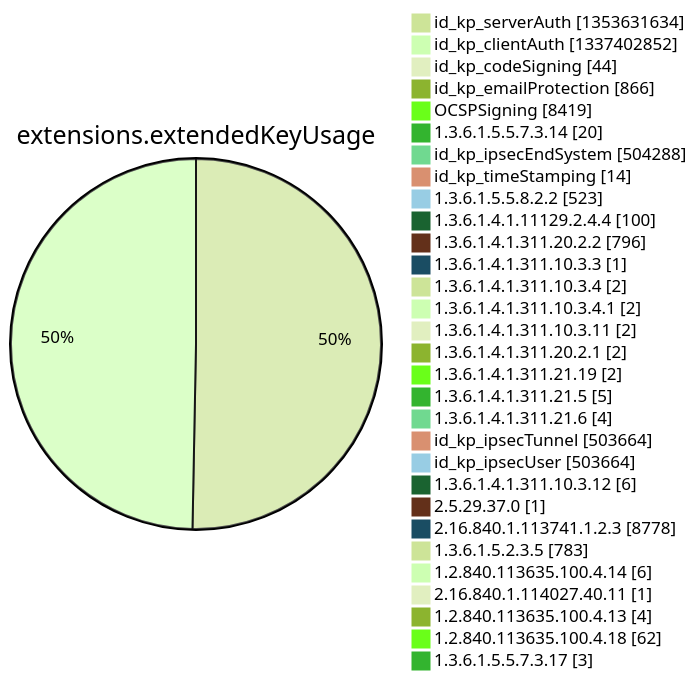
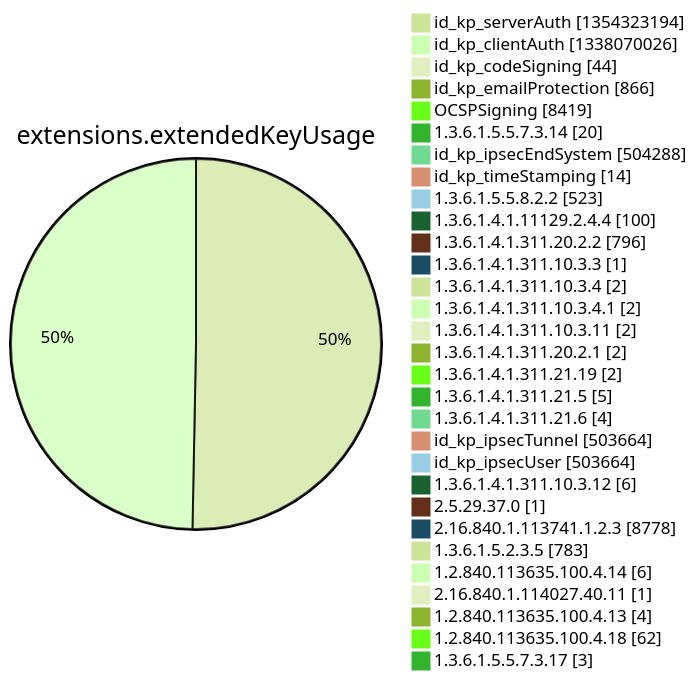
Diagram 12 of 15 in argon2022/README.md (christiankrug/ctmonitor_visualization), drawn with Mermaid (forest theme) before and after one commit. The commit also changed other lines of this file, not shown here.

````diff
--- a/argon2022/README.md
+++ b/argon2022/README.md
@@ -3553,34 +3553,34 @@
 ```mermaid
 pie showData
 title extensions.extendedKeyUsage
-"id_kp_serverAuth" :1353631634
-"id_kp_clientAuth" :1337402852
+"id_kp_serverAuth" :1354323194
+"id_kp_clientAuth" :1338070026
 "id_kp_codeSigning" :44
 "id_kp_emailProtection" :866
 "OCSPSigning" :8419
 "1.3.6.1.5.5.7.3.14" :20
 "id_kp_ipsecEndSystem" :504288
 "id_kp_timeStamping" :14
 "1.3.6.1.5.5.8.2.2" :523
 "1.3.6.1.4.1.11129.2.4.4" :100
 "1.3.6.1.4.1.311.20.2.2" :796
 "1.3.6.1.4.1.311.10.3.3" :1
 "1.3.6.1.4.1.311.10.3.4" :2
 "1.3.6.1.4.1.311.10.3.4.1" :2
 "1.3.6.1.4.1.311.10.3.11" :2
 "1.3.6.1.4.1.311.20.2.1" :2
 "1.3.6.1.4.1.311.21.19" :2
 "1.3.6.1.4.1.311.21.5" :5
 "1.3.6.1.4.1.311.21.6" :4
 "id_kp_ipsecTunnel" :503664
 "id_kp_ipsecUser" :503664
 "1.3.6.1.4.1.311.10.3.12" :6
 "2.5.29.37.0" :1
 "2.16.840.1.113741.1.2.3" :8778
 "1.3.6.1.5.2.3.5" :783
 "1.2.840.113635.100.4.14" :6
 "2.16.840.1.114027.40.11" :1
 "1.2.840.113635.100.4.13" :4
 "1.2.840.113635.100.4.18" :62
 "1.3.6.1.5.5.7.3.17" :3
 ```
````
